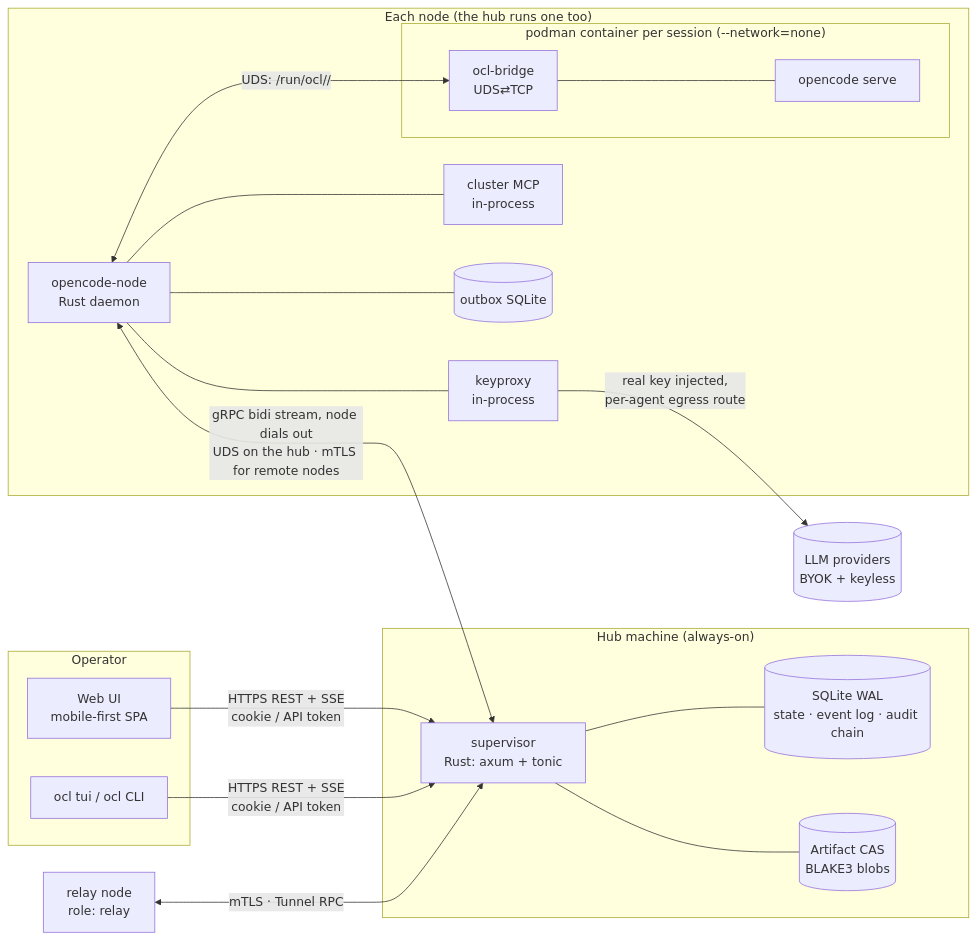
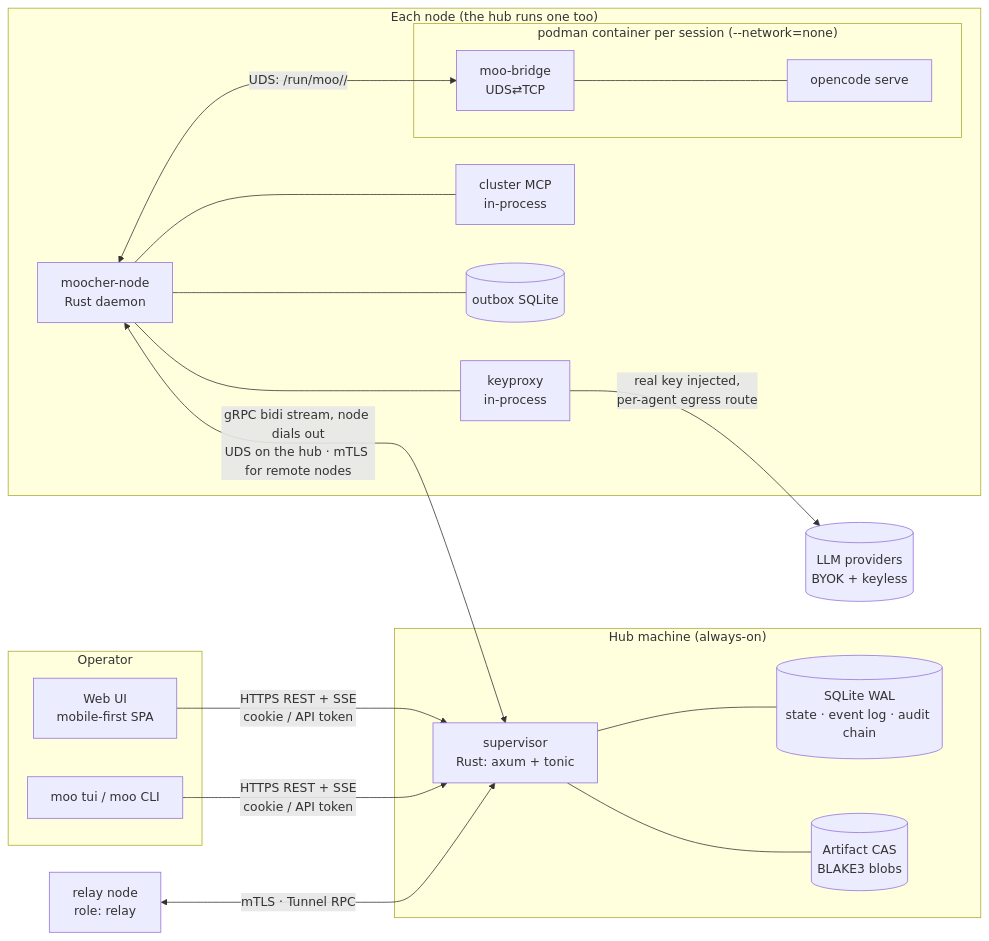
Before and after one commit to Shifta-Robel/moocher: the first of 2 diagrams in docs/ARCHITECTURE.md, drawn with Mermaid. The commit also changed other lines of this file and 155 other files, not shown here.

````diff
--- a/docs/ARCHITECTURE.md
+++ b/docs/ARCHITECTURE.md
@@ -12,33 +12,33 @@
 ```mermaid
 flowchart LR
   subgraph Operator
     WEB[Web UI<br/>mobile-first SPA]
-    TUI[ocl tui / ocl CLI]
+    TUI[moo tui / moo CLI]
   end
   subgraph HUB["Hub machine (always-on)"]
     SUP[supervisor<br/>Rust: axum + tonic]
     DB[(SQLite WAL<br/>state · event log · audit chain)]
     CAS[(Artifact CAS<br/>BLAKE3 blobs)]
     SUP --- DB
     SUP --- CAS
   end
   subgraph NODE["Each node (the hub runs one too)"]
-    ND[opencode-node<br/>Rust daemon]
+    ND[moocher-node<br/>Rust daemon]
     KP[keyproxy<br/>in-process]
     MCP[cluster MCP<br/>in-process]
     OUT[(outbox SQLite)]
     ND --- KP
     ND --- MCP
     ND --- OUT
     subgraph POD["podman container per session (--network=none)"]
-      BR[ocl-bridge<br/>UDS⇄TCP]
+      BR[moo-bridge<br/>UDS⇄TCP]
       OC[opencode serve]
       BR --- OC
     end
-    ND <-->|UDS: /run/ocl/<session>/| BR
+    ND <-->|UDS: /run/moo/<session>/| BR
   end
   WEB & TUI -->|HTTPS REST + SSE<br/>cookie / API token| SUP
   ND <-->|gRPC bidi stream, node dials out<br/>UDS on the hub · mTLS for remote nodes| SUP
   RL[relay node<br/>role: relay] <-->|mTLS · Tunnel RPC| SUP
   KP -->|real key injected,<br/>per-agent egress route| PROV[(LLM providers<br/>BYOK + keyless)]
 ```
````
